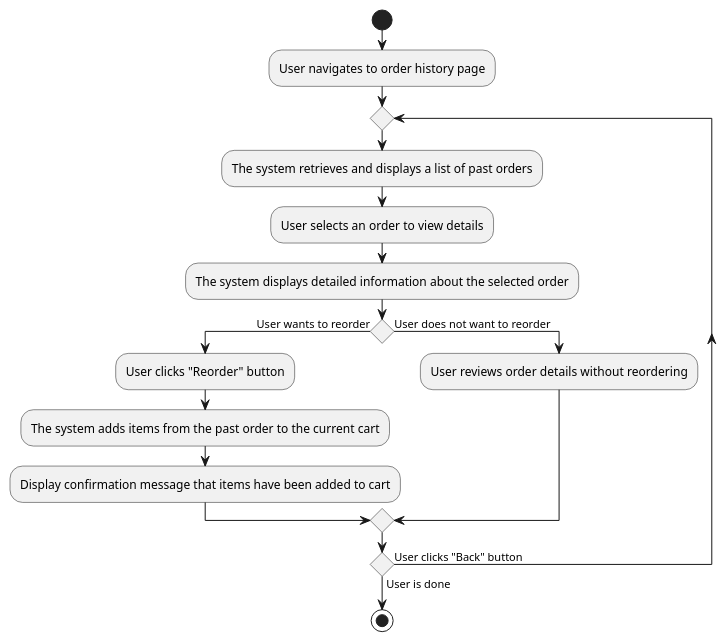
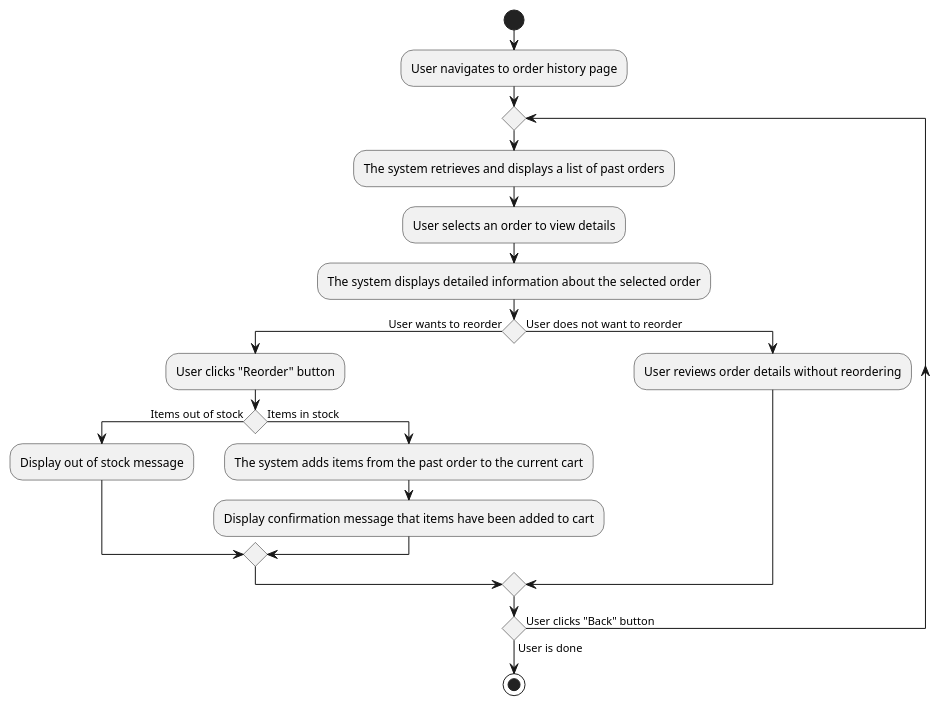
The diagram in diagrams/US-10-11.puml (HighlyHylian/online-ecommerce-platform), drawn with PlantUML before and after one commit.

Commit message:
Address Issue with out of stock reorders

```diff
--- a/diagrams/US-10-11.puml
+++ b/diagrams/US-10-11.puml
@@ -1,17 +1,21 @@
 @startuml US-10-11 Activity
 start
 :User navigates to order history page;
 repeat  
     :The system retrieves and displays a list of past orders;
     :User selects an order to view details;
     :The system displays detailed information about the selected order;
     if () then (User wants to reorder)
         :User clicks "Reorder" button;
-        :The system adds items from the past order to the current cart;
-        :Display confirmation message that items have been added to cart;
+        if () then (Items out of stock)
+            :Display out of stock message;
+        else (Items in stock)
+            :The system adds items from the past order to the current cart;
+            :Display confirmation message that items have been added to cart;
+        endif
     else (User does not want to reorder)
         :User reviews order details without reordering;
     endif
 repeat while () is (User clicks "Back" button) not (User is done)
 stop
 @enduml
```
